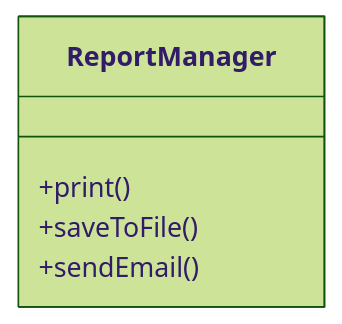
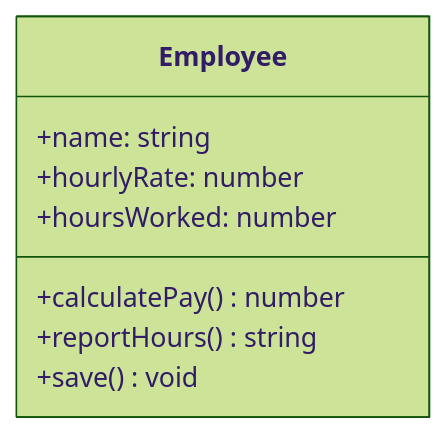
One commit to shuji-bonji/Notes-on-SOLID-Principle changed the second of 8 diagrams in docs/single-responsibility-principle.md. Above: the diagram before and after it, drawn with Mermaid (forest theme). The commit also changed other lines of this file and 1 other file, not shown here.

````diff
--- a/docs/single-responsibility-principle.md
+++ b/docs/single-responsibility-principle.md
@@ -75,8 +60,11 @@
 ```mermaid
 classDiagram
-  class ReportManager {
-    +print()
-    +saveToFile()
-    +sendEmail()
+  class Employee {
+    +name: string
+    +hourlyRate: number
+    +hoursWorked: number
+    +calculatePay() number
+    +reportHours() string
+    +save() void
   }
 ```
````
